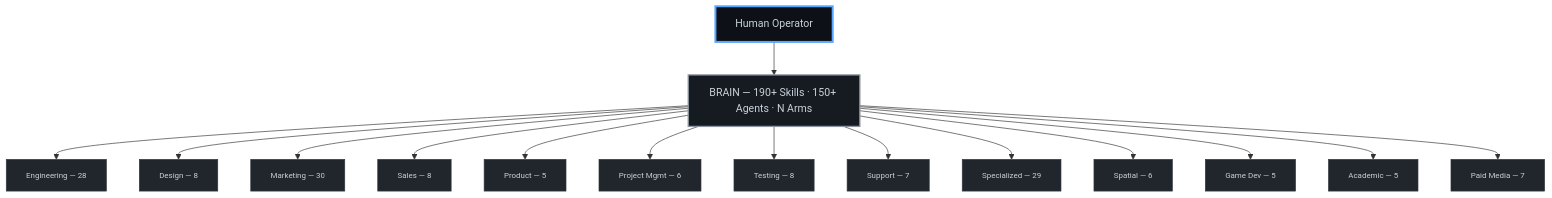
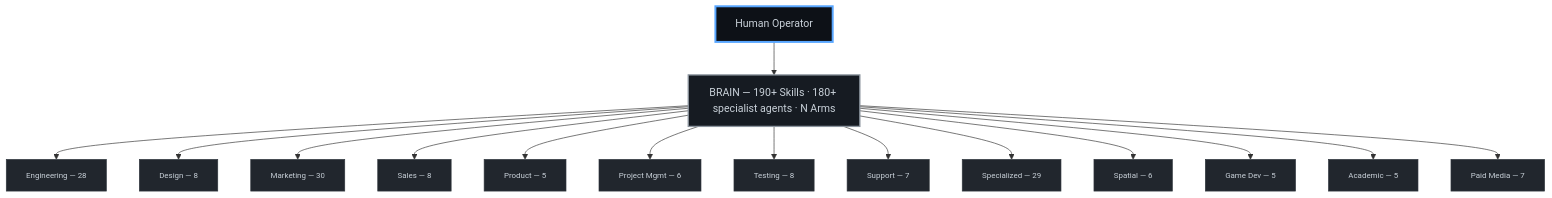
The diagram in README.md (CarlosCaPe/octorato), drawn with Mermaid before and after one commit. The commit also changed other lines of this file and 4 other files, not shown here.

````diff
--- a/README.md
+++ b/README.md
@@ -593,24 +600,24 @@
 ```mermaid
 graph TB
     classDef ceo fill:#0D1117,stroke:#58A6FF,stroke-width:3px,color:#C9D1D9
     classDef brain fill:#161B22,stroke:#8B949E,stroke-width:2px,color:#C9D1D9
     classDef div fill:#21262D,stroke:#30363D,stroke-width:1px,color:#C9D1D9,font-size:12px
 
     CEO["Human Operator"]:::ceo
-    BRAIN["BRAIN — 190+ Skills · 150+ Agents · N Arms"]:::brain
+    BRAIN["BRAIN — 190+ Skills · 180+ specialist agents · N Arms"]:::brain
     CEO --> BRAIN
 
     BRAIN --> ENG["Engineering — 28"]:::div
     BRAIN --> DES["Design — 8"]:::div
     BRAIN --> MKT["Marketing — 30"]:::div
     BRAIN --> SAL["Sales — 8"]:::div
     BRAIN --> PRD["Product — 5"]:::div
     BRAIN --> PM["Project Mgmt — 6"]:::div
     BRAIN --> TST["Testing — 8"]:::div
     BRAIN --> SUP["Support — 7"]:::div
     BRAIN --> SPC["Specialized — 29"]:::div
     BRAIN --> XR["Spatial — 6"]:::div
     BRAIN --> GMD["Game Dev — 5"]:::div
     BRAIN --> ACD["Academic — 5"]:::div
     BRAIN --> PMA["Paid Media — 7"]:::div
 ```
````
